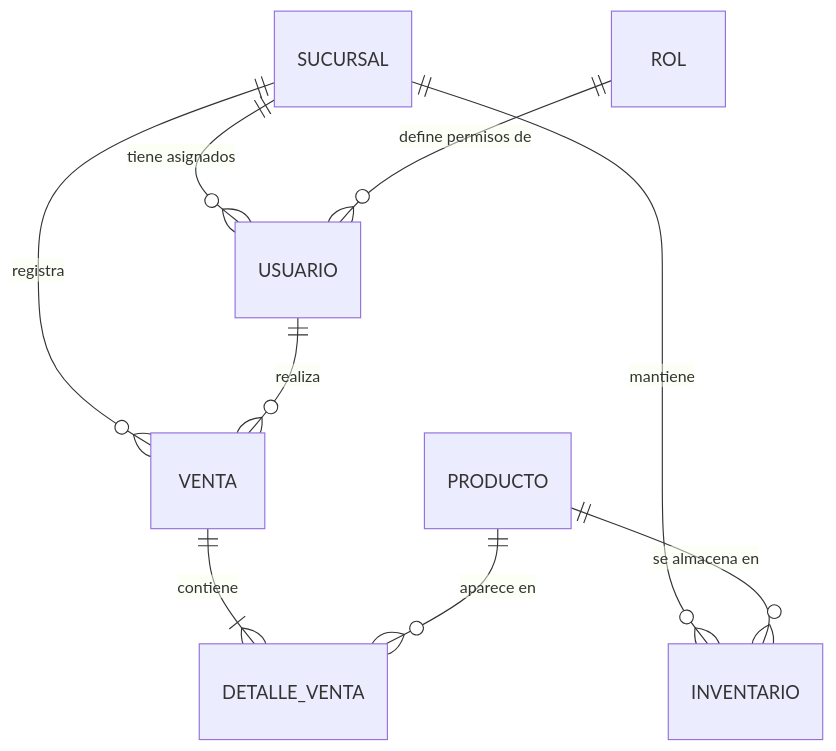
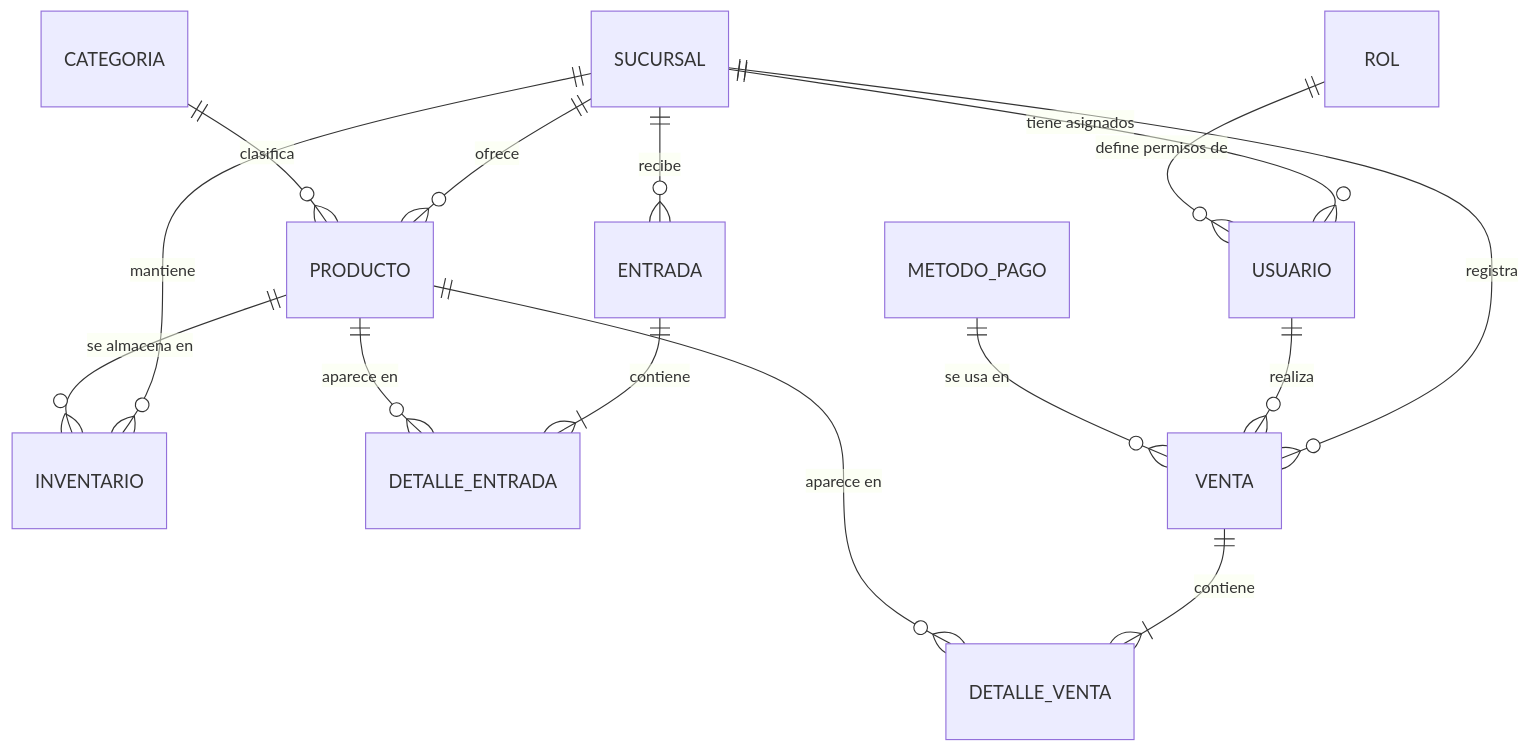
Before and after one commit to ket2317/PI-3: the third of 3 diagrams in README.md, drawn with Mermaid. The commit also changed other lines of this file, not shown here.

````diff
--- a/README.md
+++ b/README.md
@@ -251,11 +237,17 @@
 ```mermaid
 erDiagram
     SUCURSAL ||--o{ USUARIO : "tiene asignados"
     ROL ||--o{ USUARIO : "define permisos de"
+    SUCURSAL ||--o{ PRODUCTO : "ofrece"
+    CATEGORIA ||--o{ PRODUCTO : "clasifica"
     SUCURSAL ||--o{ INVENTARIO : "mantiene"
     PRODUCTO ||--o{ INVENTARIO : "se almacena en"
+    SUCURSAL ||--o{ ENTRADA : "recibe"
+    ENTRADA ||--|{ DETALLE_ENTRADA : "contiene"
+    PRODUCTO ||--o{ DETALLE_ENTRADA : "aparece en"
     SUCURSAL ||--o{ VENTA : "registra"
     USUARIO ||--o{ VENTA : "realiza"
+    METODO_PAGO ||--o{ VENTA : "se usa en"
     VENTA ||--|{ DETALLE_VENTA : "contiene"
     PRODUCTO ||--o{ DETALLE_VENTA : "aparece en"
 ```
````
